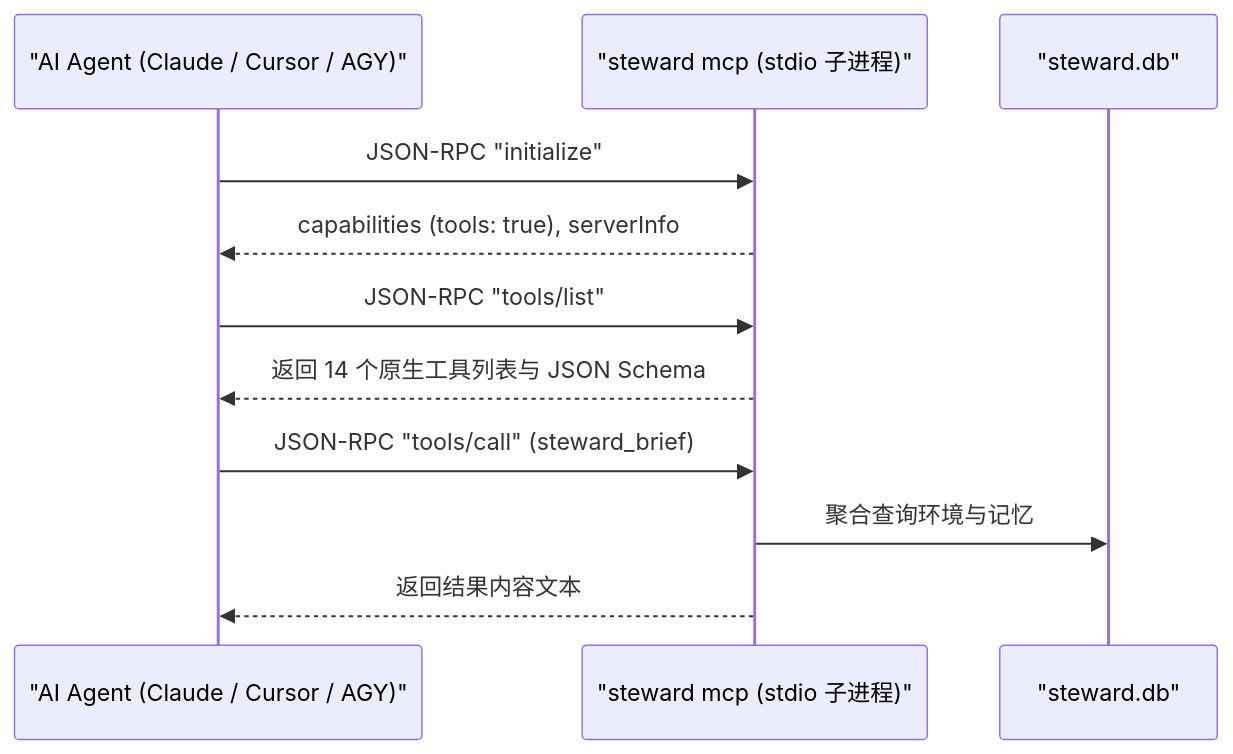
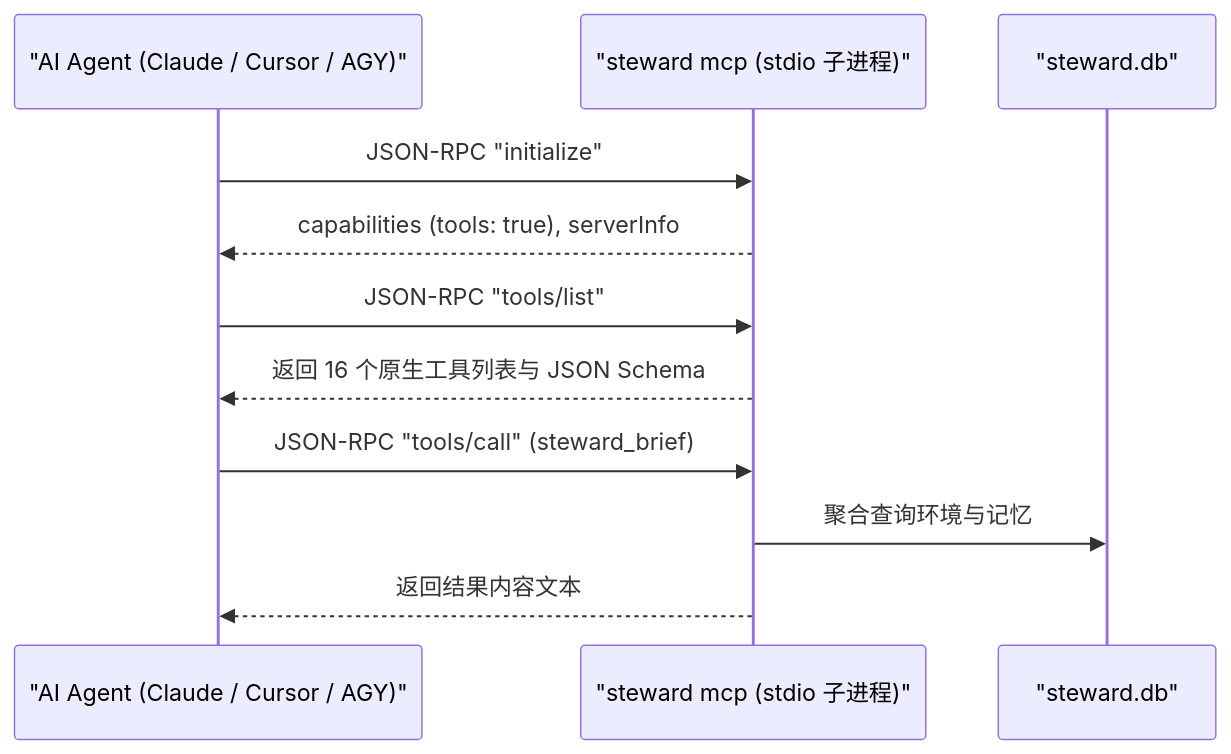
One commit to digoal/agent-body changed the diagram in manual/04-mcp-integration.md. Above: the diagram before and after it, drawn with Mermaid. The commit also changed other lines of this file and 16 other files, not shown here.

First line of the commit message:
feat(links): 演进图智能机制并实现 CodeGraph 宏微双层联邦联动 (v3.0)

````diff
--- a/manual/04-mcp-integration.md
+++ b/manual/04-mcp-integration.md
@@ -11,14 +11,14 @@
 ```mermaid
 sequenceDiagram
     participant Agent as "AI Agent (Claude / Cursor / AGY)"
     participant Steward as "steward mcp (stdio 子进程)"
     participant SQLite as "steward.db"
 
     Agent->>Steward: JSON-RPC "initialize"
     Steward-->>Agent: capabilities (tools: true), serverInfo
     Agent->>Steward: JSON-RPC "tools/list"
-    Steward-->>Agent: 返回 14 个原生工具列表与 JSON Schema
+    Steward-->>Agent: 返回 16 个原生工具列表与 JSON Schema
     Agent->>Steward: JSON-RPC "tools/call" (steward_brief)
     Steward->>SQLite: 聚合查询环境与记忆
     Steward-->>Agent: 返回结果内容文本
 ```
````
